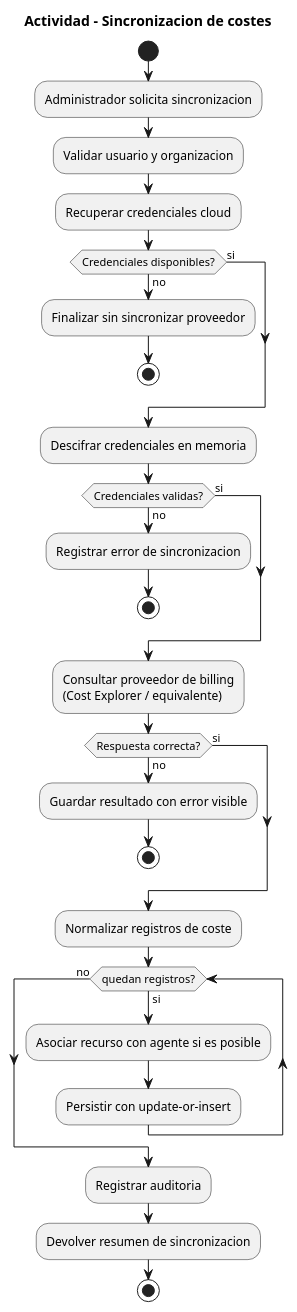
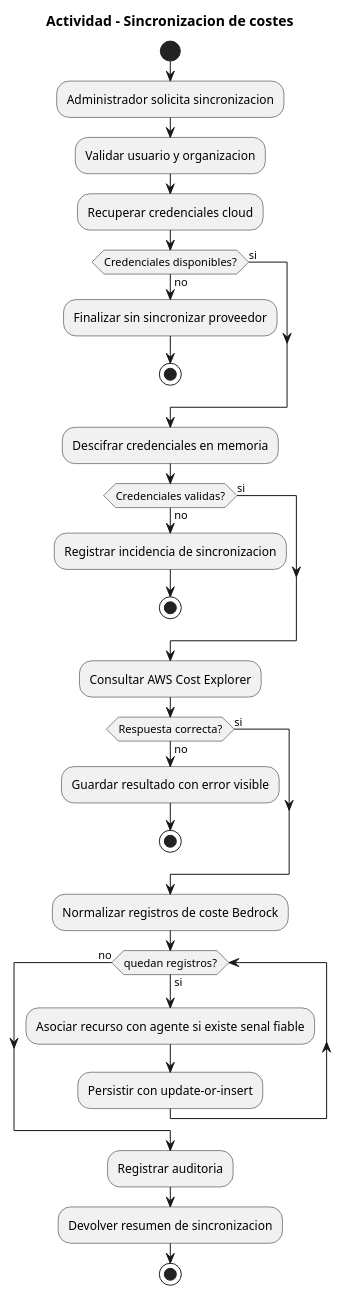
The diagram in Capítulos/Capítulo 3/Diseño/Actividad/ActividadSync.puml (JoseSalceda/TFG), drawn with PlantUML before and after one commit. The commit also changed other lines of this file and 103 other files, not shown here.

```diff
--- a/Capítulos/Capítulo 3/Diseño/Actividad/ActividadSync.puml
+++ b/Capítulos/Capítulo 3/Diseño/Actividad/ActividadSync.puml
@@ -152,45 +1,45 @@
 @startuml ActividadSync
 
 title Actividad - Sincronizacion de costes
 
 start
 
 :Administrador solicita sincronizacion;
 :Validar usuario y organizacion;
 :Recuperar credenciales cloud;
 
 if (Credenciales disponibles?) then (no)
   :Finalizar sin sincronizar proveedor;
   stop
 else (si)
 endif
 
 :Descifrar credenciales en memoria;
 
 if (Credenciales validas?) then (no)
-  :Registrar error de sincronizacion;
+  :Registrar incidencia de sincronizacion;
   stop
 else (si)
 endif
 
-:Consultar proveedor de billing\n(Cost Explorer / equivalente);
+:Consultar AWS Cost Explorer;
 
 if (Respuesta correcta?) then (no)
   :Guardar resultado con error visible;
   stop
 else (si)
 endif
 
-:Normalizar registros de coste;
+:Normalizar registros de coste Bedrock;
 
 while (quedan registros?) is (si)
-  :Asociar recurso con agente si es posible;
+  :Asociar recurso con agente si existe senal fiable;
   :Persistir con update-or-insert;
 endwhile (no)
 
 :Registrar auditoria;
 :Devolver resumen de sincronizacion;
 
 stop
 
 @enduml
```
